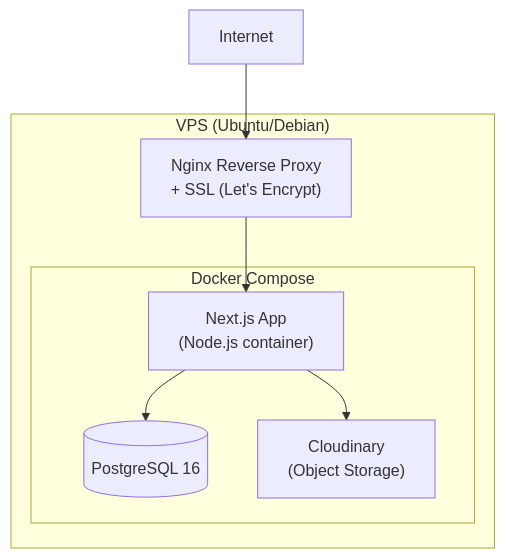
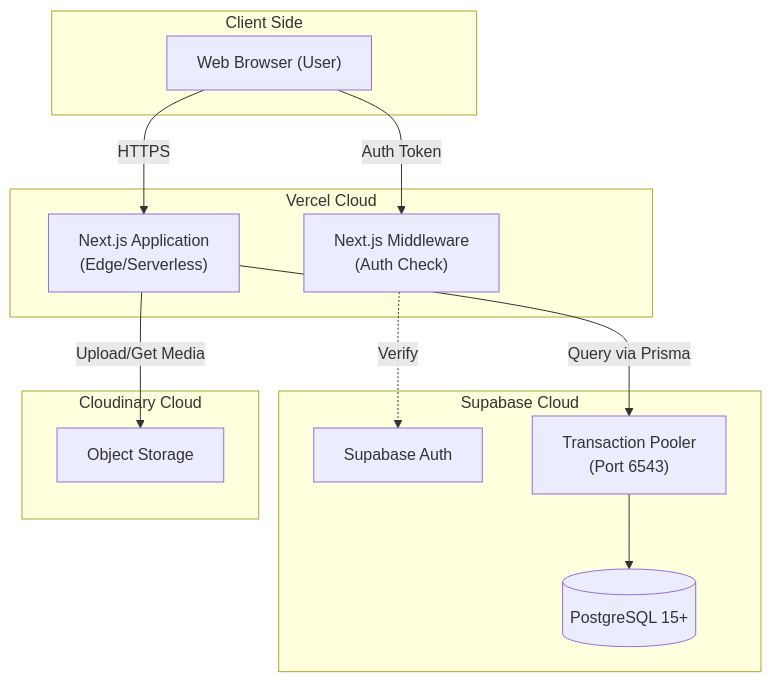
Before and after one commit to alchemista27/sim-alfida: the seventh of 8 diagrams in docs/TDD.md, drawn with Mermaid. The commit also changed other lines of this file and 21 other files, not shown here.

Commit message:
docs: update academic module architecture, schema, sprint plan, and shift to serverless deployment

````diff
--- a/docs/TDD.md
+++ b/docs/TDD.md
@@ -832,16 +1200,28 @@
 ```mermaid
 graph TB
-    subgraph VPS["VPS (Ubuntu/Debian)"]
-        NG["Nginx Reverse Proxy\n+ SSL (Let's Encrypt)"]
-        subgraph Docker["Docker Compose"]
-            APP["Next.js App\n(Node.js container)"]
-            DB[("PostgreSQL 16")]
-            MINIO["Cloudinary\n(Object Storage)"]
-        end
+    subgraph "Client Side"
+        Browser["Web Browser (User)"]
     end
 
-    Internet --> NG
-    NG --> APP
-    APP --> DB
-    APP --> MINIO
+    subgraph "Vercel Cloud"
+        NextApp["Next.js Application\n(Edge/Serverless)"]
+        Middleware["Next.js Middleware\n(Auth Check)"]
+    end
+
+    subgraph "Supabase Cloud"
+        Auth["Supabase Auth"]
+        Pooler["Transaction Pooler\n(Port 6543)"]
+        DB[("PostgreSQL 15+")]
+    end
+
+    subgraph "Cloudinary Cloud"
+        Storage["Object Storage"]
+    end
+
+    Browser -->|HTTPS| NextApp
+    Browser -->|Auth Token| Middleware
+    NextApp -->|Query via Prisma| Pooler
+    Pooler --> DB
+    NextApp -->|Upload/Get Media| Storage
+    Middleware -.->|Verify| Auth
 ```
````
